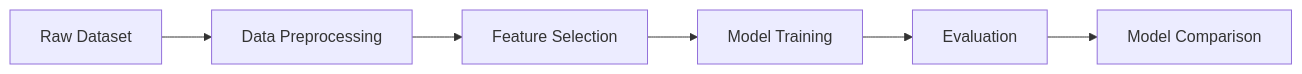
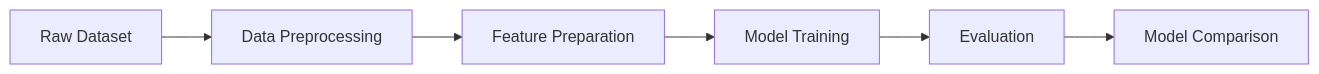
Before and after one commit to malehaICK/Forecasting-Dengue-Cases-by-using-Machine-Learning: the second of 2 diagrams in README.md, drawn with Mermaid. The commit also changed other lines of this file, not shown here.

First line of the commit message:
Remove README claims about feature selection that the notebook does not support

````diff
--- a/README.md
+++ b/README.md
@@ -72,8 +72,8 @@
 ```mermaid
 flowchart LR
     A[Raw Dataset] --> B[Data Preprocessing]
-    B --> C[Feature Selection]
+    B --> C[Feature Preparation]
     C --> D[Model Training]
     D --> E[Evaluation]
     E --> F[Model Comparison]
 ```
````
